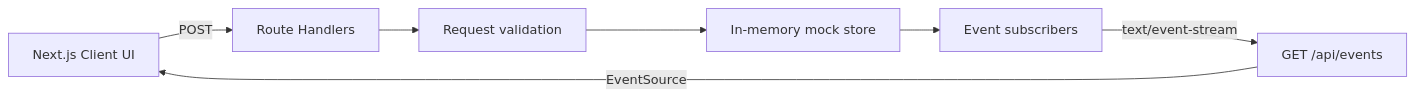
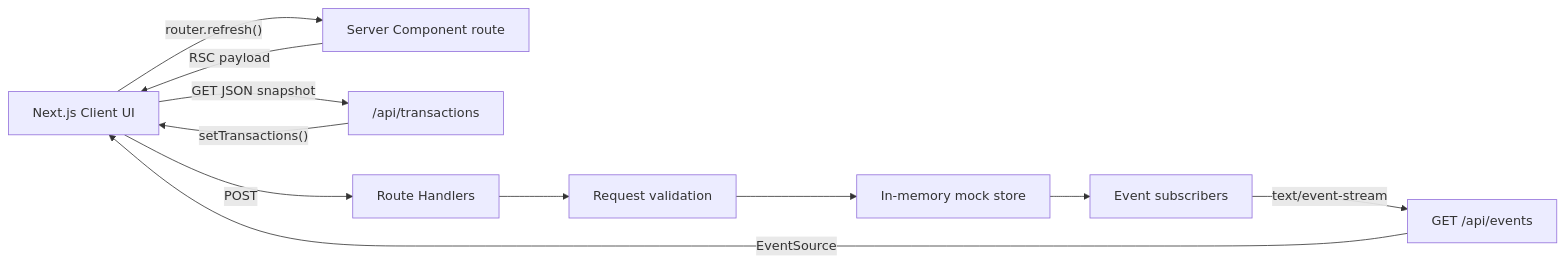
Before and after one commit to thunderxu7-sketch/exchange-wallet-demo: the diagram in README.md, drawn with Mermaid. The commit also changed other lines of this file and 7 other files, not shown here.

First line of the commit message:
feat: demonstrate route and partial data refresh

````diff
--- a/README.md
+++ b/README.md
@@ -119,9 +156,13 @@
 ```mermaid
 flowchart LR
-  UI["Next.js Client UI"] -->|POST| API["Route Handlers"]
+  UI["Next.js Client UI"] -->|"router.refresh()"| PAGE["Server Component route"]
+  PAGE -->|"RSC payload"| UI
+  UI -->|"GET JSON snapshot"| SNAPSHOT["/api/transactions"]
+  SNAPSHOT -->|"setTransactions()"| UI
+  UI -->|POST| API["Route Handlers"]
   API --> VALIDATION["Request validation"]
   VALIDATION --> STORE["In-memory mock store"]
   STORE --> BUS["Event subscribers"]
   BUS -->|text/event-stream| SSE["GET /api/events"]
   SSE -->|EventSource| UI
 ```
````
